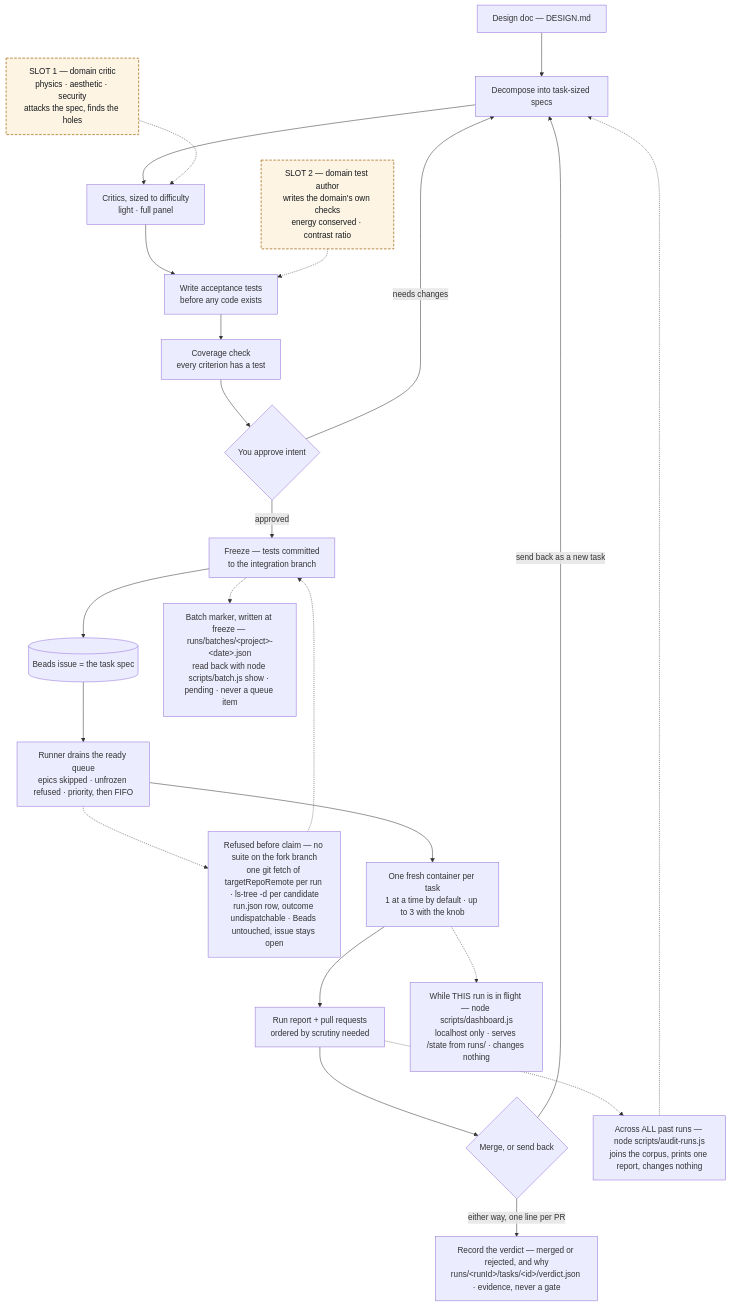
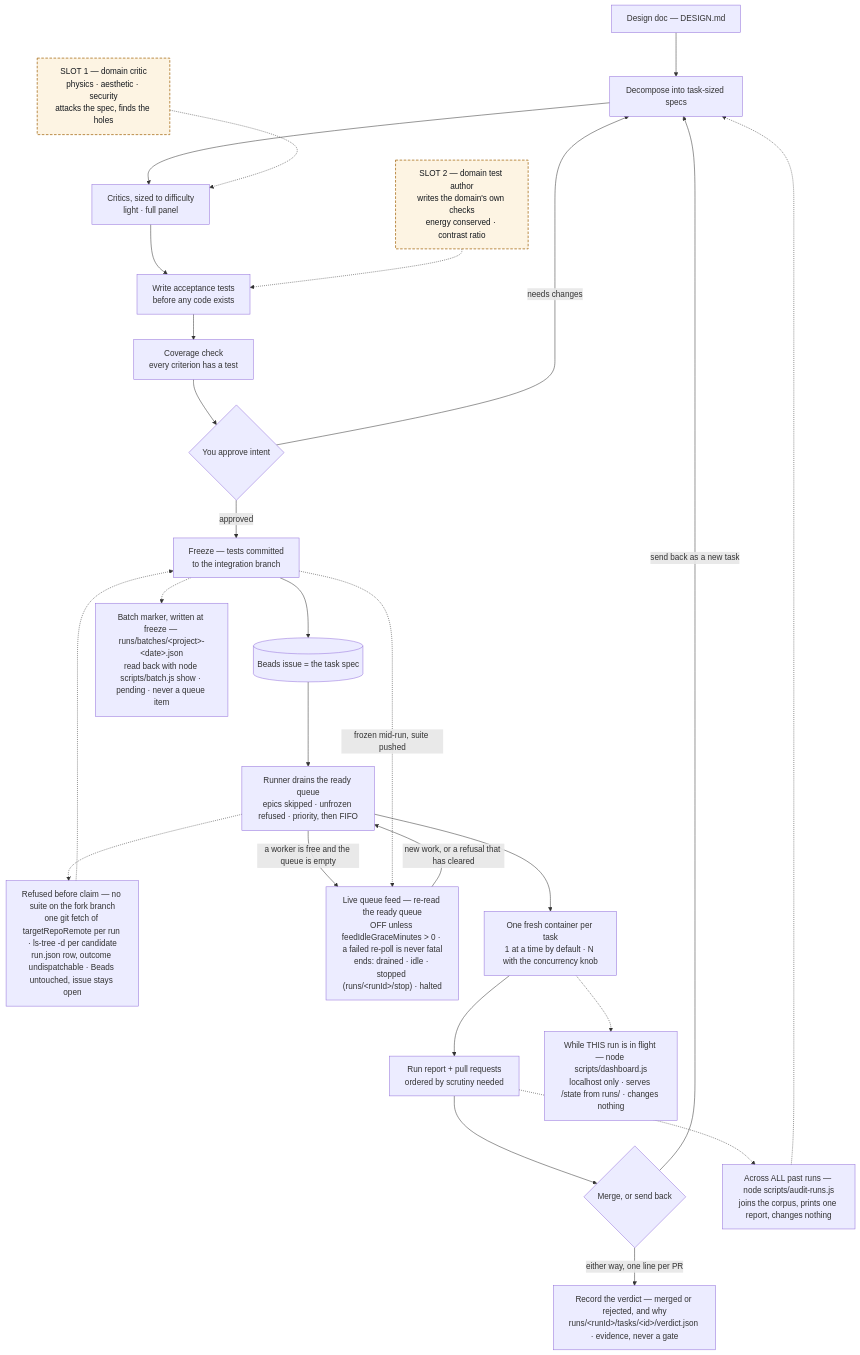
One commit to Chadleewalker/Multi-AgentPipelines changed the first of 5 diagrams in docs/pipeline-diagram.md. Above: the diagram before and after it, drawn with Mermaid. The commit also changed 4 other files, not shown here.

````diff
--- a/docs/pipeline-diagram.md
+++ b/docs/pipeline-diagram.md
@@ -14,28 +14,31 @@
 ```mermaid
 flowchart TB
   A["Design doc — DESIGN.md"] --> B["Decompose into task-sized specs"]
   B --> C["Critics, sized to difficulty<br/>light · full panel"]
   SP1["SLOT 1 — domain critic<br/>physics · aesthetic · security<br/>attacks the spec, finds the holes"] -.-> C
   C --> D["Write acceptance tests<br/>before any code exists"]
   SP2["SLOT 2 — domain test author<br/>writes the domain's own checks<br/>energy conserved · contrast ratio"] -.-> D
   D --> E["Coverage check<br/>every criterion has a test"]
   E --> F{"You approve intent"}
   F -->|"needs changes"| B
   F -->|"approved"| G["Freeze — tests committed<br/>to the integration branch"]
   G --> H[("Beads issue = the task spec")]
   G -.-> BM["Batch marker, written at freeze — runs/batches/&lt;project&gt;-&lt;date&gt;.json<br/>read back with node scripts/batch.js show · pending · never a queue item"]
   H --> I["Runner drains the ready queue<br/>epics skipped · unfrozen refused · priority, then FIFO"]
   I -.-> UD["Refused before claim — no suite on the fork branch<br/>one git fetch of targetRepoRemote per run · ls-tree -d per candidate<br/>run.json row, outcome undispatchable · Beads untouched, issue stays open"]
   UD -.-> G
-  I --> J["One fresh container per task<br/>1 at a time by default · up to 3 with the knob"]
+  I -->|"a worker is free and the queue is empty"| FEED["Live queue feed — re-read the ready queue<br/>OFF unless feedIdleGraceMinutes &gt; 0 · a failed re-poll is never fatal<br/>ends: drained · idle · stopped (runs/&lt;runId&gt;/stop) · halted"]
+  FEED -->|"new work, or a refusal that has cleared"| I
+  G -.->|"frozen mid-run, suite pushed"| FEED
+  I --> J["One fresh container per task<br/>1 at a time by default · N with the concurrency knob"]
   J --> K["Run report + pull requests<br/>ordered by scrutiny needed"]
   K --> L{"Merge, or send back"}
   L -->|"send back as a new task"| B
   L -->|"either way, one line per PR"| VD["Record the verdict — merged or rejected, and why<br/>runs/&lt;runId&gt;/tasks/&lt;id&gt;/verdict.json · evidence, never a gate"]
   K -.-> AUD["Across ALL past runs — node scripts/audit-runs.js<br/>joins the corpus, prints one report, changes nothing"]
   AUD -.-> B
   J -.-> DASH["While THIS run is in flight — node scripts/dashboard.js<br/>localhost only · serves /state from runs/ · changes nothing"]
 
   classDef specialist fill:#fdf4e3,stroke:#a86c17,stroke-width:1.5px,stroke-dasharray:5 3,color:#14181d
   class SP1,SP2 specialist
 ```
````
